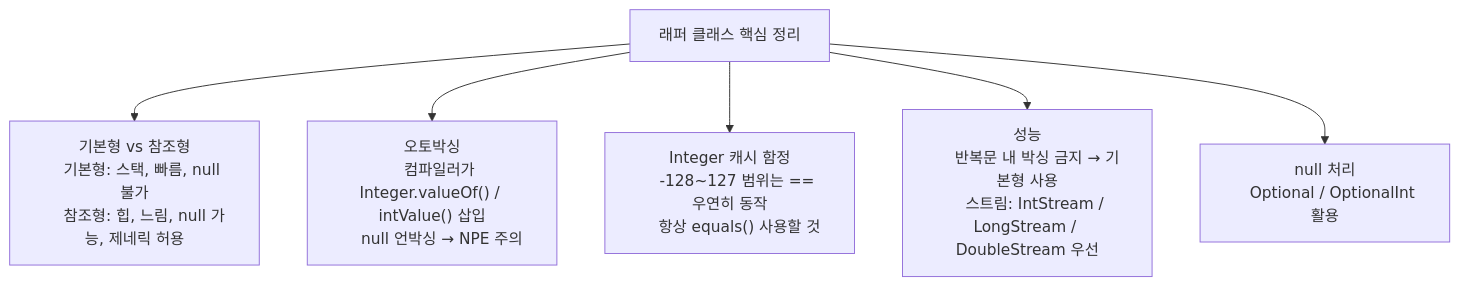
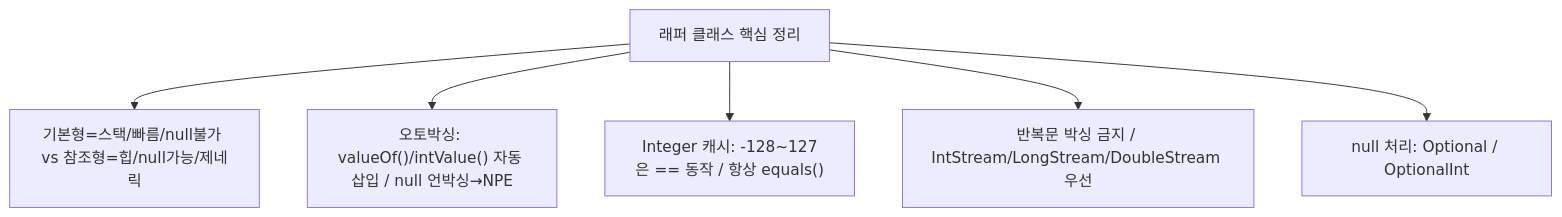
Before and after one commit to yjkim2015/yjkim2015.github.io: the fourth of 4 diagrams in _posts/java/2026-05-01-java-wrapper-class.md, drawn with Mermaid. The commit also changed other lines of this file and 215 other files, not shown here.

First line of the commit message:
신규 포스트 10개 추가 + Mermaid 전면 축소 + SystemDesign 시리즈 보강

````diff
--- a/_posts/java/2026-05-01-java-wrapper-class.md
+++ b/_posts/java/2026-05-01-java-wrapper-class.md
@@ -482,29 +452,9 @@
 ```mermaid
 graph TD
     WRAPPER["래퍼 클래스 핵심 정리"]
-
-    PRIM["기본형 vs 참조형
-    기본형: 스택, 빠름, null 불가
-    참조형: 힙, 느림, null 가능, 제네릭 허용"]
-
-    BOXING["오토박싱
-    컴파일러가 Integer.valueOf() / intValue() 삽입
-    null 언박싱 → NPE 주의"]
-
-    CACHE["Integer 캐시 함정
-    -128~127 범위는 == 우연히 동작
-    항상 equals() 사용할 것"]
-
-    PERF["성능
-    반복문 내 박싱 금지 → 기본형 사용
-    스트림: IntStream / LongStream / DoubleStream 우선"]
-
-    NULL["null 처리
-    Optional / OptionalInt 활용"]
-
-    WRAPPER --> PRIM
-    WRAPPER --> BOXING
-    WRAPPER --> CACHE
-    WRAPPER --> PERF
-    WRAPPER --> NULL
+    WRAPPER --> PRIM["기본형=스택/빠름/null불가 vs 참조형=힙/null가능/제네릭"]
+    WRAPPER --> BOXING["오토박싱: valueOf()/intValue() 자동 삽입 / null 언박싱→NPE"]
+    WRAPPER --> CACHE["Integer 캐시: -128~127은 == 동작 / 항상 equals()"]
+    WRAPPER --> PERF["반복문 박싱 금지 / IntStream/LongStream/DoubleStream 우선"]
+    WRAPPER --> NULL["null 처리: Optional / OptionalInt"]
 ```
````
